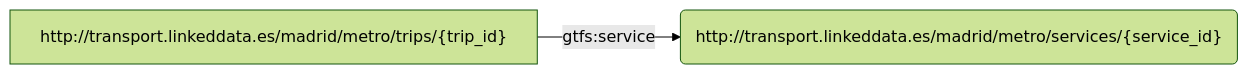
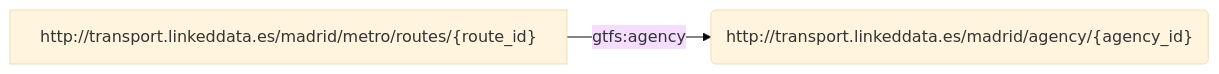
One commit to oeg-upm/rmldoc changed diagram 20 of 25 in test/author/author.md. Above: the diagram before and after it, drawn with Mermaid. The commit also changed other lines of this file, not shown here.

````diff
--- a/test/author/author.md
+++ b/test/author/author.md
@@ -225,7 +502,7 @@
 ```mermaid
-%%{ init : { "theme" : "forest", "flowchart" : { "curve" : "linear" }}}%%
+%%{ init : { "theme" : "base", "flowchart" : { "curve" : "linear" }}}%%
 
 flowchart LR
-S1["http://transport.linkeddata.es/madrid/metro/trips/{trip_id}"] -->|"gtfs:service"| object1("http://transport.linkeddata.es/madrid/metro/services/{service_id}")
+S1["http://transport.linkeddata.es/madrid/metro/routes/{route_id}"] -->|"gtfs:agency"| object1("http://transport.linkeddata.es/madrid/agency/{agency_id}")
 
 ``` 
````
